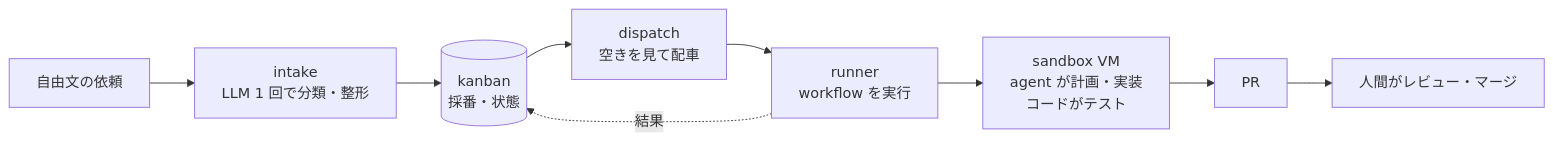
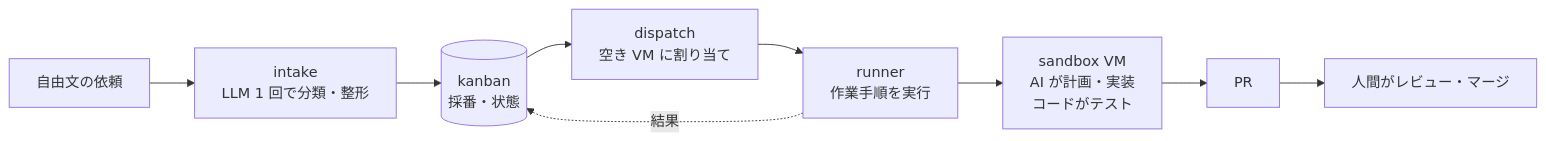
One commit to akkijp-oss/aifactory changed the diagram in website/content/ja/index.md. Above: the diagram before and after it, drawn with Mermaid. The commit also changed other lines of this file and 40 other files, not shown here.

````diff
--- a/website/content/ja/index.md
+++ b/website/content/ja/index.md
@@ -9,11 +11,11 @@
 ```mermaid
 flowchart LR
   A[自由文の依頼] --> B[intake<br>LLM 1 回で分類・整形]
   B --> C[(kanban<br>採番・状態)]
-  C --> D[dispatch<br>空きを見て配車]
-  D --> E[runner<br>workflow を実行]
-  E --> F[sandbox VM<br>agent が計画・実装<br>コードがテスト]
+  C --> D[dispatch<br>空き VM に割り当て]
+  D --> E[runner<br>作業手順を実行]
+  E --> F[sandbox VM<br>AI が計画・実装<br>コードがテスト]
   F --> G[PR]
   G --> H[人間がレビュー・マージ]
   E -.結果.-> C
 ```
````
